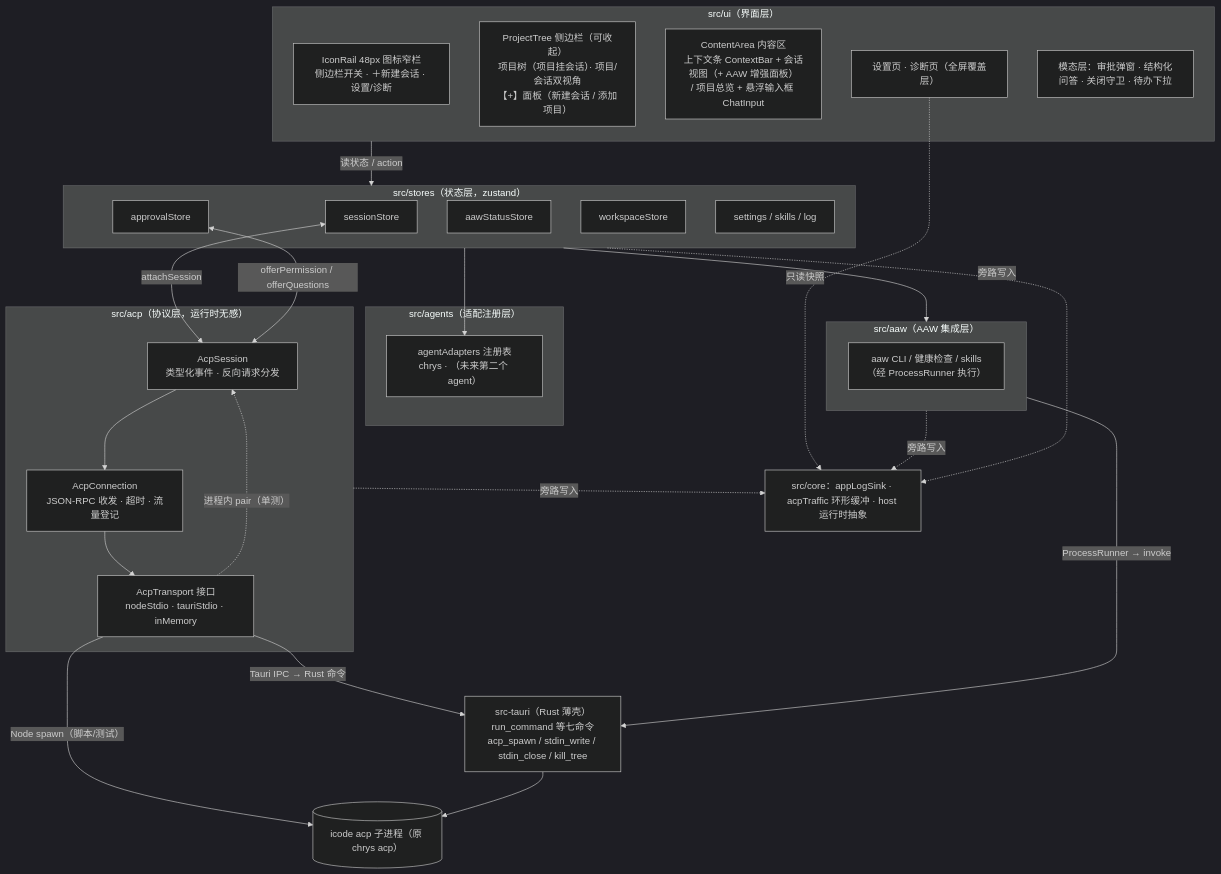
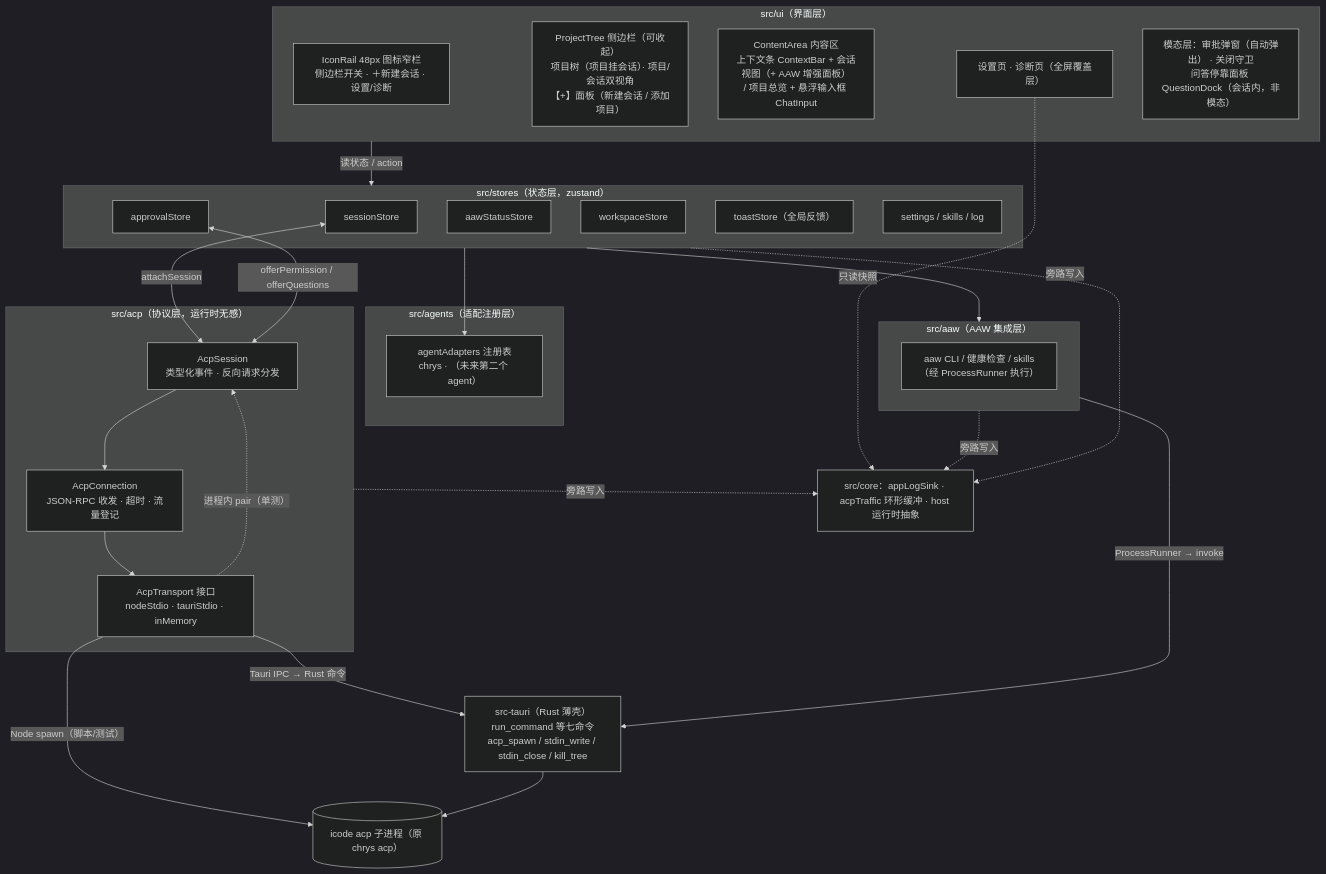
The diagram in desktop/docs/architecture.md (Hok1/Awesome-Agent-Workflow), drawn with Mermaid (dark theme) before and after one commit. The commit also changed other lines of this file and 15 other files, not shown here.

````diff
--- a/desktop/docs/architecture.md
+++ b/desktop/docs/architecture.md
@@ -10,49 +10,50 @@
 ```mermaid
 flowchart TB
     subgraph UI["src/ui（界面层）"]
         Rail["IconRail 48px 图标窄栏<br/>侧边栏开关 · ＋新建会话 · 设置/诊断"]
         Tree["ProjectTree 侧边栏（可收起）<br/>项目树（项目挂会话）· 项目/会话双视角<br/>【+】面板（新建会话 / 添加项目）"]
         Content["ContentArea 内容区<br/>上下文条 ContextBar + 会话视图（+ AAW 增强面板）<br/>/ 项目总览 + 悬浮输入框 ChatInput"]
         Pages["设置页 · 诊断页（全屏覆盖层）"]
-        Modals["模态层：审批弹窗 · 结构化问答 · 关闭守卫 · 待办下拉"]
+        Modals["模态层：审批弹窗（自动弹出） · 关闭守卫<br/>问答停靠面板 QuestionDock（会话内，非模态）"]
     end
 
     subgraph Stores["src/stores（状态层，zustand）"]
         SessionStore["sessionStore"]
         ApprovalStore["approvalStore"]
         AawStore["aawStatusStore"]
         WorkspaceStore["workspaceStore"]
+        ToastStore["toastStore（全局反馈）"]
         Others["settings / skills / log"]
     end
 
     subgraph Agents["src/agents（适配注册层）"]
         Registry["agentAdapters 注册表<br/>chrys · （未来第二个 agent）"]
     end
 
     subgraph ACP["src/acp（协议层，运行时无感）"]
         Session["AcpSession<br/>类型化事件 · 反向请求分发"]
         Conn["AcpConnection<br/>JSON-RPC 收发 · 超时 · 流量登记"]
         Transports["AcpTransport 接口<br/>nodeStdio · tauriStdio · inMemory"]
     end
 
     subgraph AAW["src/aaw（AAW 集成层）"]
         Cli["aaw CLI / 健康检查 / skills<br/>（经 ProcessRunner 执行）"]
     end
 
     Core["src/core：appLogSink · acpTraffic 环形缓冲 · host 运行时抽象"]
     Rust["src-tauri（Rust 薄壳）<br/>run_command 等七命令<br/>acp_spawn / stdin_write / stdin_close / kill_tree"]
     Chrys[("icode acp 子进程（原 chrys acp）")]
 
     UI -->|读状态 / action| Stores
     Stores --> AAW
     Stores --> Registry
     SessionStore <-->|attachSession| Session
     ApprovalStore <-->|offerPermission / offerQuestions| Session
     Session --> Conn --> Transports
     Transports -->|Node spawn（脚本/测试）| Chrys
     Transports -->|Tauri IPC → Rust 命令| Rust --> Chrys
     Transports -.->|进程内 pair（单测）| Session
     AAW -->|ProcessRunner → invoke| Rust
     ACP & AAW & Stores -.->|旁路写入| Core
     Pages -.->|只读快照| Core
 ```
````
